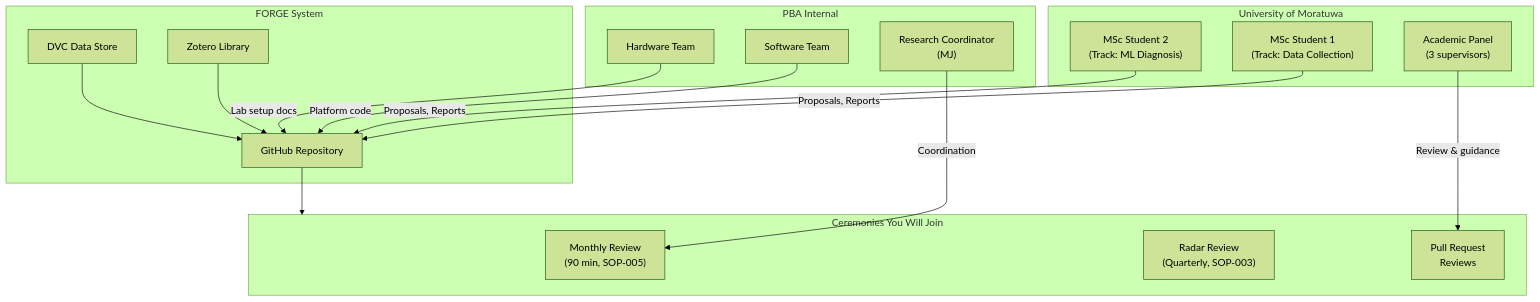
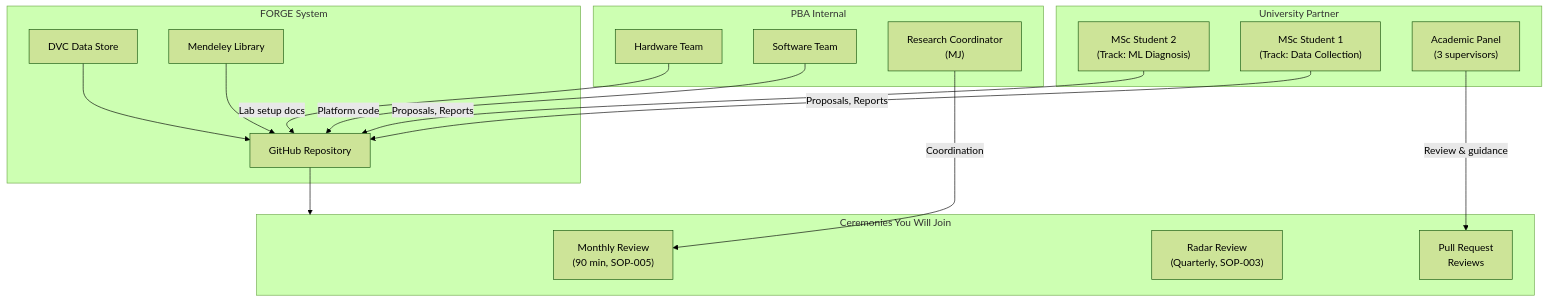
One commit to malithjkd/FORGE changed the diagram in sops/SOP-001-onboarding.md. Above: the diagram before and after it, drawn with Mermaid (forest theme). The commit also changed other lines of this file and 22 other files, not shown here.

````diff
--- a/sops/SOP-001-onboarding.md
+++ b/sops/SOP-001-onboarding.md
@@ -11,37 +11,37 @@
 ```mermaid
 flowchart TB
-    subgraph UOM["University of Moratuwa"]
+    subgraph UOM["University Partner"]
         S1["MSc Student 1\n(Track: Data Collection)"]
         S2["MSc Student 2\n(Track: ML Diagnosis)"]
         AP["Academic Panel\n(3 supervisors)"]
     end
 
     subgraph PBA["PBA Internal"]
         RC["Research Coordinator\n(MJ)"]
         SW["Software Team"]
         HW["Hardware Team"]
     end
 
     subgraph FORGE_SYS["FORGE System"]
         REPO["GitHub Repository"]
-        ZOT["Zotero Library"]
+        ZOT["Mendeley Library"]
         DVC_S["DVC Data Store"]
     end
 
     subgraph CEREMONIES["Ceremonies You Will Join"]
         MR["Monthly Review\n(90 min, SOP-005)"]
         RR["Radar Review\n(Quarterly, SOP-003)"]
         PR["Pull Request\nReviews"]
     end
 
     S1 -->|"Proposals, Reports"| REPO
     S2 -->|"Proposals, Reports"| REPO
     AP -->|"Review & guidance"| PR
     RC -->|"Coordination"| MR
     SW -->|"Platform code"| REPO
     HW -->|"Lab setup docs"| REPO
 
     REPO --> CEREMONIES
     ZOT --> REPO
     DVC_S --> REPO
 ```
````
